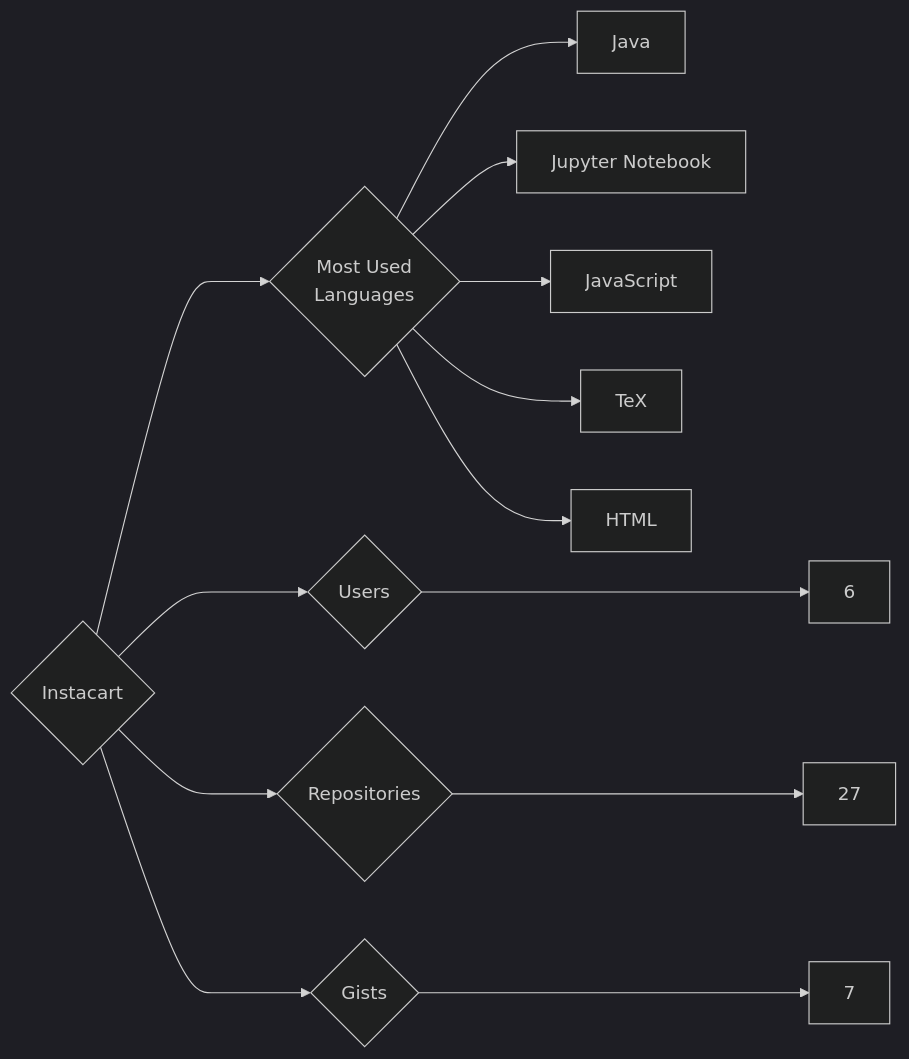
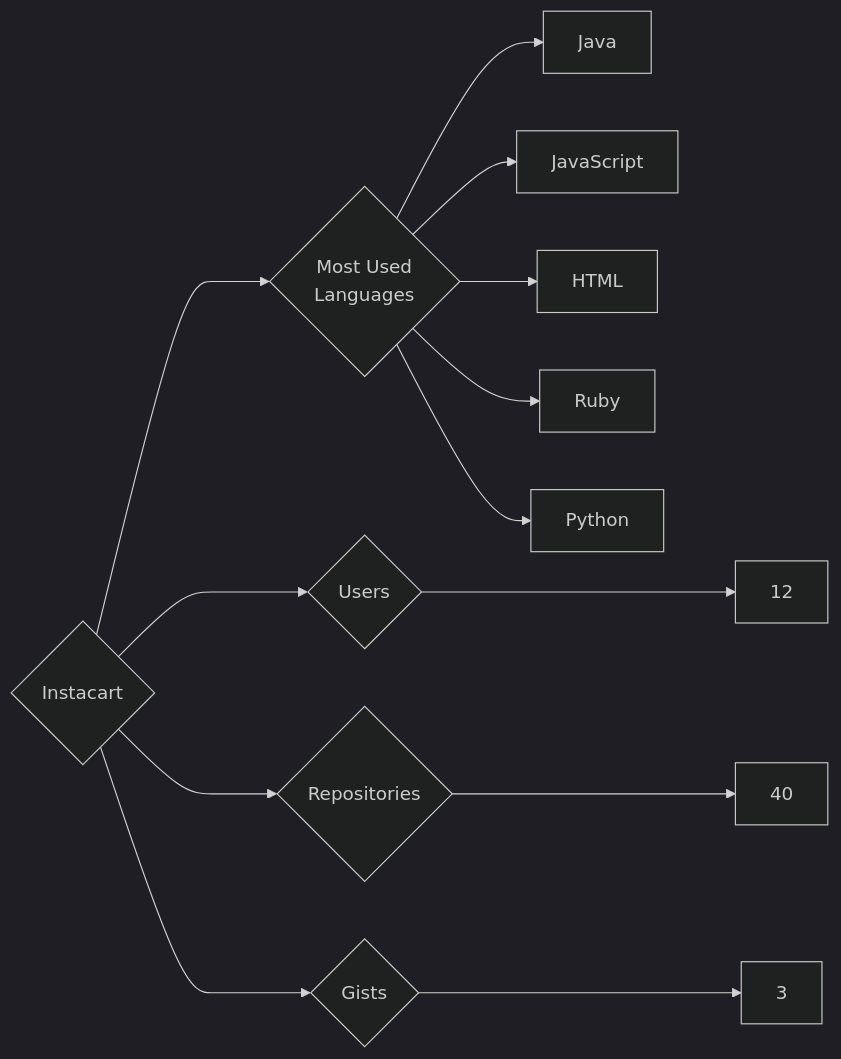
One commit to trickest/insiders changed the diagram in targets/Instacart/README.md. Above: the diagram before and after it, drawn with Mermaid (dark theme). The commit also changed 776 other files, not shown here.

````diff
--- a/targets/Instacart/README.md
+++ b/targets/Instacart/README.md
@@ -3,13 +3,13 @@
 ```mermaid
 graph LR
 COMPANY_NAME{Instacart}
-COMPANY_NAME ---> U{Users} ---> UN[6]
-COMPANY_NAME ---> R{Repositories} ---> RN[27]
-COMPANY_NAME ---> G{Gists} ---> GN[7]
+COMPANY_NAME ---> U{Users} ---> UN[12]
+COMPANY_NAME ---> R{Repositories} ---> RN[40]
+COMPANY_NAME ---> G{Gists} ---> GN[3]
 COMPANY_NAME ---> ML{Most Used<br>Languages}
 ML --> Java[Java]
-ML --> Jupyter_Notebook[Jupyter Notebook]
 ML --> JavaScript[JavaScript]
-ML --> TeX[TeX]
 ML --> HTML[HTML]
+ML --> Ruby[Ruby]
+ML --> Python[Python]
 ```
````
